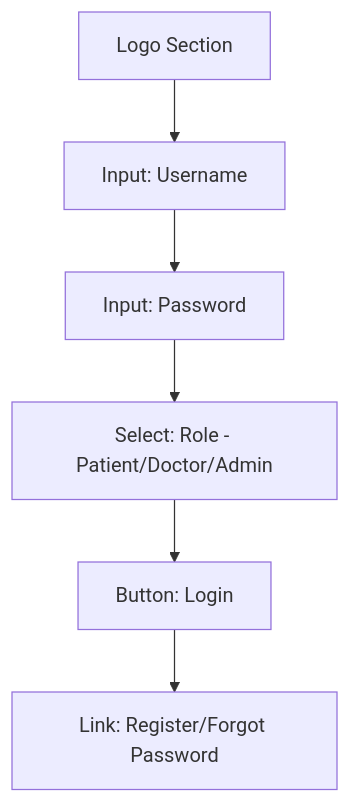
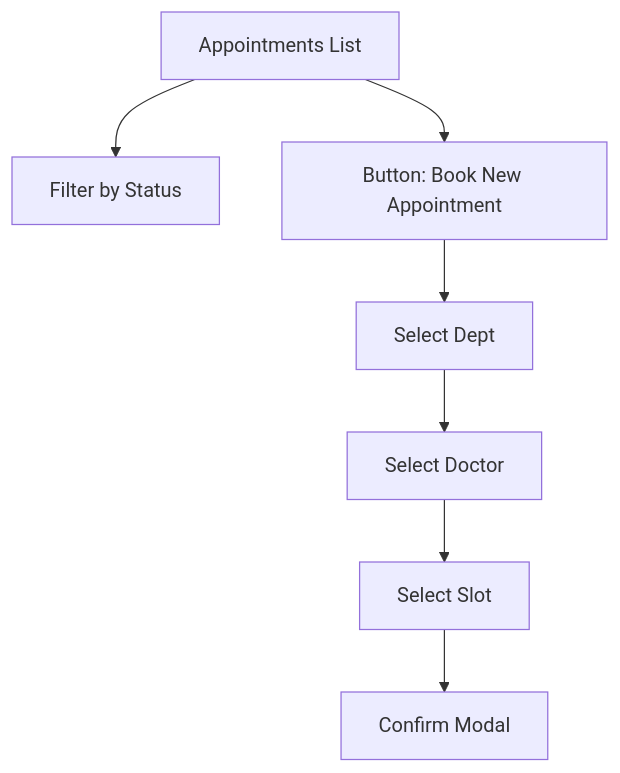
The first of 3 diagrams in Documentation/Wireframes.md (Rupesh09876/SYP---Frontend), drawn with Mermaid before and after one commit. The commit also changed other lines of this file, not shown here.

````diff
--- a/Documentation/Wireframes.md
+++ b/Documentation/Wireframes.md
@@ -12,8 +14,7 @@
 ```mermaid
 graph TD
-    A[Logo Section] --> B[Input: Username]
-    B --> C[Input: Password]
-    C --> D[Select: Role - Patient/Doctor/Admin]
-    D --> E[Button: Login]
-    E --> F[Link: Register/Forgot Password]
+    A[Appointments List] --> B[Filter by Status]
+    A --> C[Button: Book New Appointment]
+    C --> D[Select Dept] --> E[Select Doctor]
+    E --> F[Select Slot] --> G[Confirm Modal]
 ```
````
